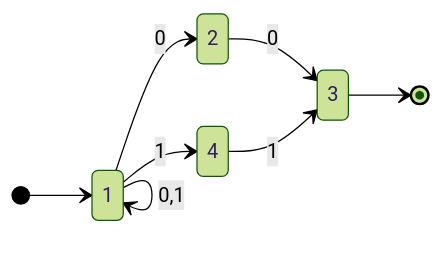
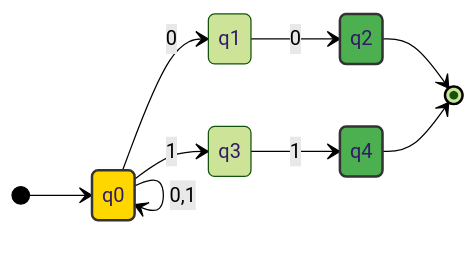
Before and after one commit to aarnphm/aarnphm.github.io: the second of 4 diagrams in content/thoughts/university/twenty-three-twenty-four/sfwr-2fa3/NFA.md, drawn with Mermaid (forest theme). The commit also changed other lines of this file and 487 other files, not shown here.

````diff
--- a/content/thoughts/university/twenty-three-twenty-four/sfwr-2fa3/NFA.md
+++ b/content/thoughts/university/twenty-three-twenty-four/sfwr-2fa3/NFA.md
@@ -45,11 +58,24 @@
 ```mermaid
 stateDiagram-v2
-  direction LR
-  [*] --> 1
-  1 --> 1 : 0,1
-  1 --> 2 : 0
-  2 --> 3 : 0
-  3 --> [*]
-  1 --> 4 : 1
-  4 --> 3 : 1
+    direction LR
+    classDef accepting fill:#4CAF50,stroke:#333,stroke-width:2px
+    classDef start fill:#FFD700,stroke:#333,stroke-width:2px
+
+    s0: q0
+    s1: q1
+    s2: q2
+    s3: q3
+    s4: q4
+
+    [*] --> s0
+    s0 --> s0: 0,1
+    s0 --> s1: 0
+    s0 --> s3: 1
+    s1 --> s2: 0
+    s3 --> s4: 1
+    s2 --> [*]
+    s4 --> [*]
+
+    class s2,s4 accepting
+    class s0 start
 ```
````
